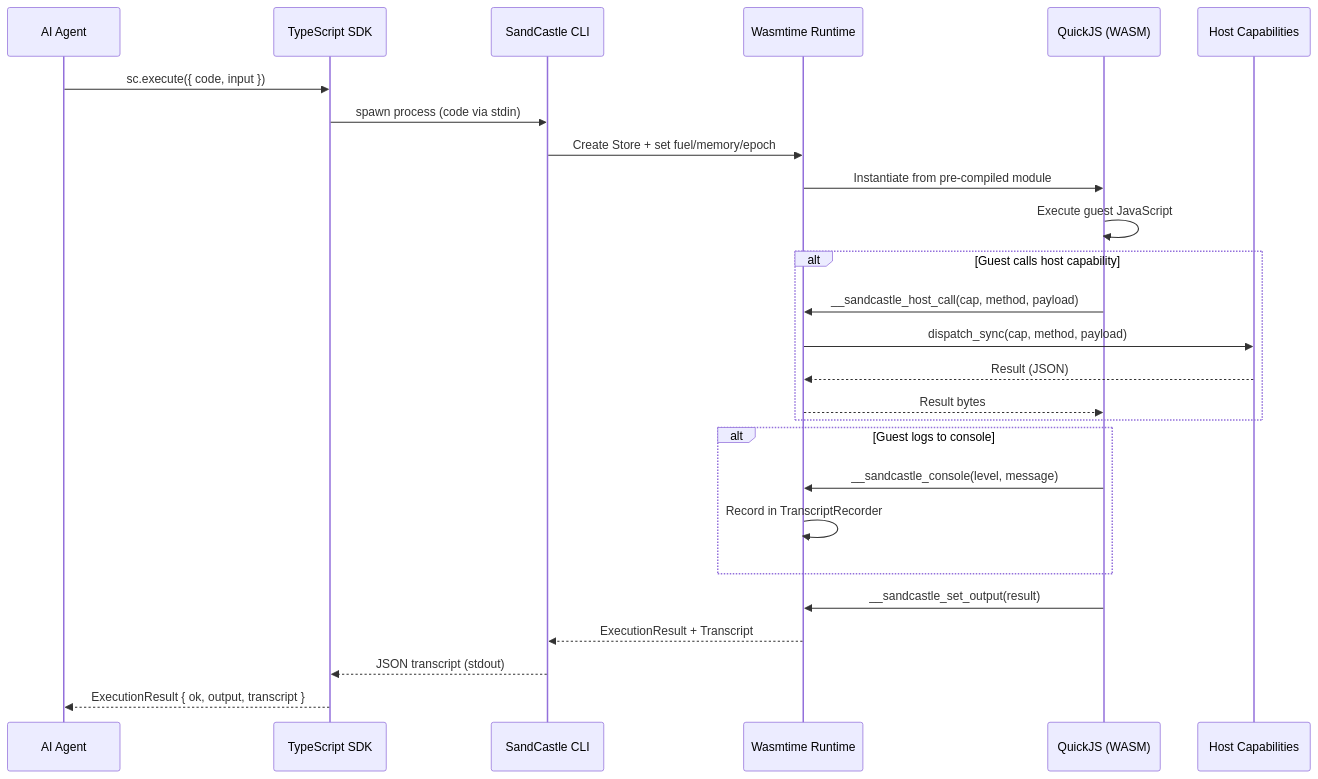
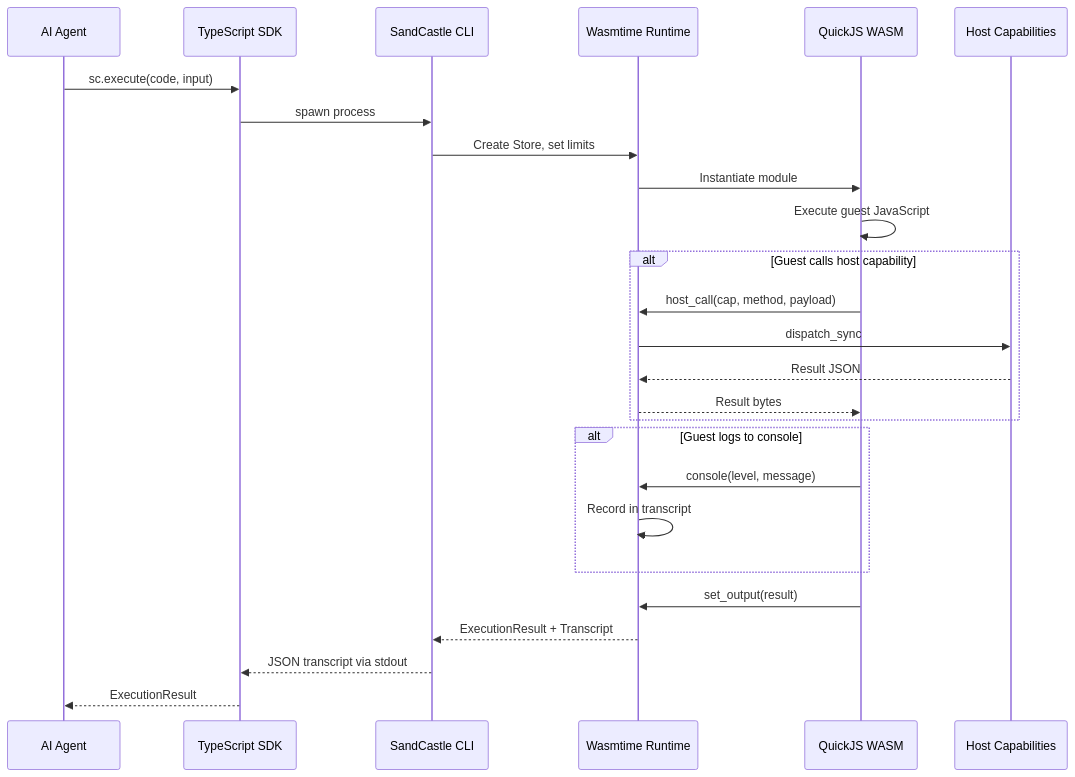
Before and after one commit to tylergibbs1/sandcastle: the second of 5 diagrams in docs/architecture.md, drawn with Mermaid. The commit also changed other lines of this file and 1 other file, not shown here.

First line of the commit message:
Fix Mermaid diagrams for GitHub rendering

````diff
--- a/docs/architecture.md
+++ b/docs/architecture.md
@@ -70,32 +70,32 @@
 ```mermaid
 sequenceDiagram
     participant Agent as AI Agent
     participant SDK as TypeScript SDK
     participant CLI as SandCastle CLI
     participant RT as Wasmtime Runtime
-    participant QJS as QuickJS (WASM)
+    participant QJS as QuickJS WASM
     participant CAP as Host Capabilities
 
-    Agent->>SDK: sc.execute({ code, input })
-    SDK->>CLI: spawn process (code via stdin)
-    CLI->>RT: Create Store + set fuel/memory/epoch
-    RT->>QJS: Instantiate from pre-compiled module
+    Agent->>SDK: sc.execute(code, input)
+    SDK->>CLI: spawn process
+    CLI->>RT: Create Store, set limits
+    RT->>QJS: Instantiate module
     QJS->>QJS: Execute guest JavaScript
 
     alt Guest calls host capability
-        QJS->>RT: __sandcastle_host_call(cap, method, payload)
-        RT->>CAP: dispatch_sync(cap, method, payload)
-        CAP-->>RT: Result (JSON)
+        QJS->>RT: host_call(cap, method, payload)
+        RT->>CAP: dispatch_sync
+        CAP-->>RT: Result JSON
         RT-->>QJS: Result bytes
     end
 
     alt Guest logs to console
-        QJS->>RT: __sandcastle_console(level, message)
-        RT->>RT: Record in TranscriptRecorder
+        QJS->>RT: console(level, message)
+        RT->>RT: Record in transcript
     end
 
-    QJS->>RT: __sandcastle_set_output(result)
+    QJS->>RT: set_output(result)
     RT-->>CLI: ExecutionResult + Transcript
-    CLI-->>SDK: JSON transcript (stdout)
-    SDK-->>Agent: ExecutionResult { ok, output, transcript }
+    CLI-->>SDK: JSON transcript via stdout
+    SDK-->>Agent: ExecutionResult
 ```
````
